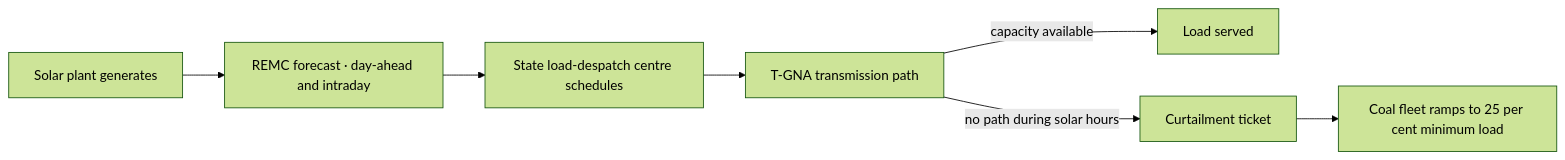
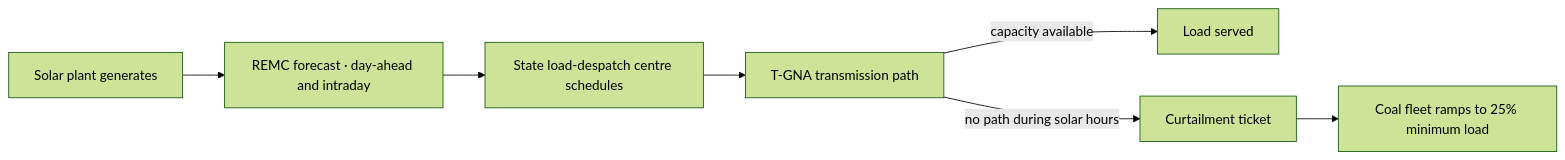
One commit to TarrySingh/tarrysingh-com changed the diagram in content/blog/control-room-knew-by-noon.mdx. Above: the diagram before and after it, drawn with Mermaid (forest theme). The commit also changed other lines of this file and 82 other files, not shown here.

````diff
--- a/content/blog/control-room-knew-by-noon.mdx
+++ b/content/blog/control-room-knew-by-noon.mdx
@@ -32,10 +32,10 @@
 ```mermaid
 %% caption: The forecasting layer does its job and the constraint sits one step downstream, on the wire.
 flowchart LR
   GEN["Solar plant generates"] --> FC["REMC forecast · day-ahead and intraday"]
   FC --> DISP["State load-despatch centre schedules"]
   DISP --> TGNA["T-GNA transmission path"]
   TGNA -->|"capacity available"| LOAD["Load served"]
   TGNA -->|"no path during solar hours"| CURT["Curtailment ticket"]
-  CURT --> FLEX["Coal fleet ramps to 25 per cent minimum load"]
+  CURT --> FLEX["Coal fleet ramps to 25% minimum load"]
 ```
````
